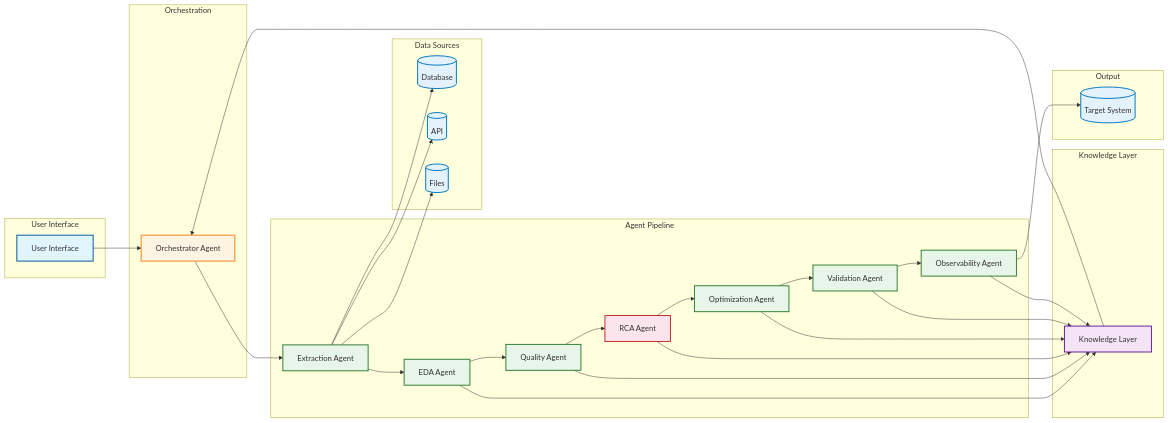
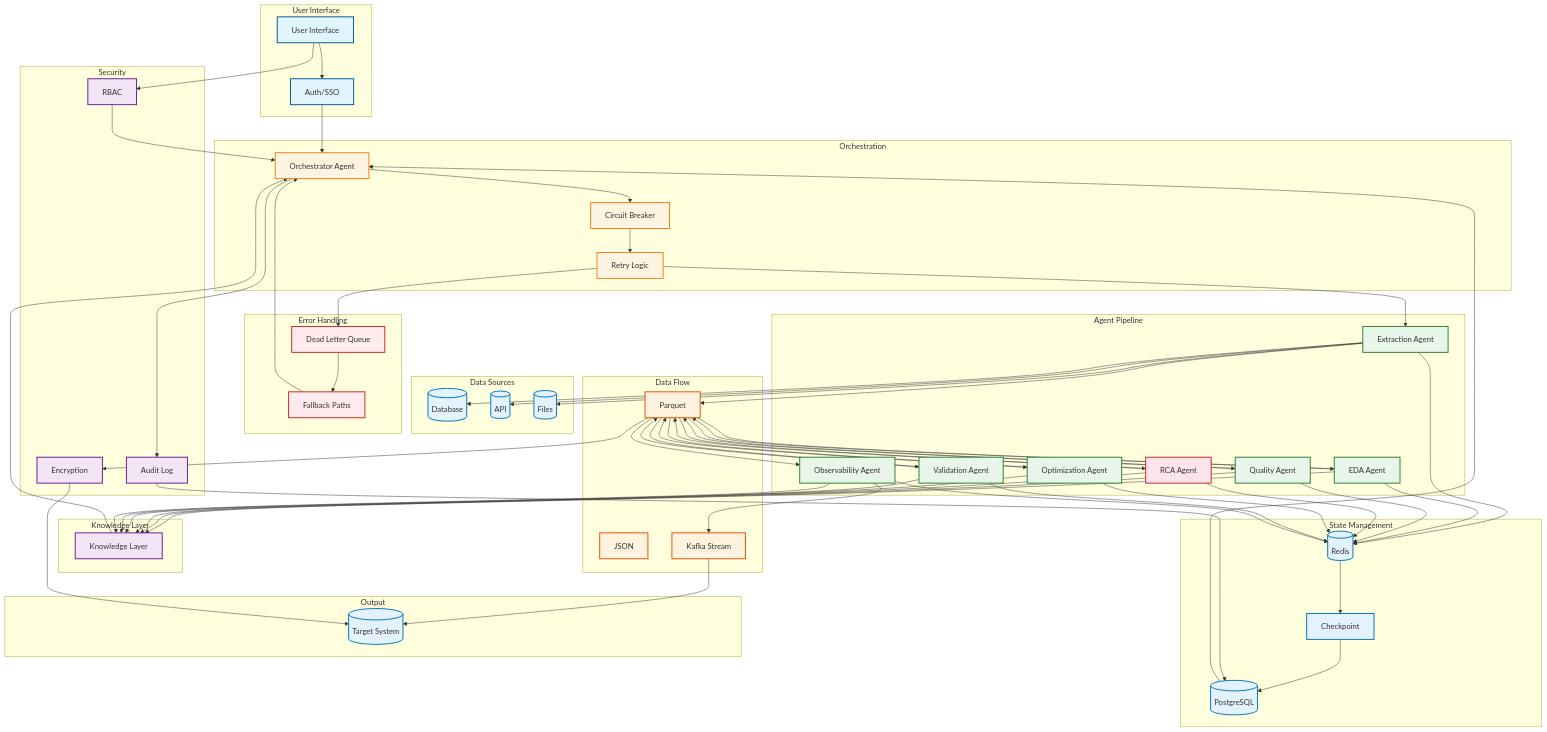
One commit to najiatasleem/agentic-de-lifecycle changed the diagram in architecture-diagram.md. Above: the diagram before and after it, drawn with Mermaid.

Commit message:
Enhance architecture diagram with error handling, security, state management, and data flow visualization

````diff
--- a/architecture-diagram.md
+++ b/architecture-diagram.md
@@ -5,11 +5,14 @@
 ```mermaid
-graph LR
+graph TB
     subgraph "User Interface"
         UI[User Interface]
+        AUTH[Auth/SSO]
     end
     
     subgraph "Orchestration"
         ORCH[Orchestrator Agent]
+        CB[Circuit Breaker]
+        RETRY[Retry Logic]
     end
     
     subgraph "Data Sources"
@@ -28,27 +31,78 @@
         OBS[Observability Agent]
     end
     
+    subgraph "Error Handling"
+        DLQ[Dead Letter Queue]
+        FALLBACK[Fallback Paths]
+    end
+    
+    subgraph "State Management"
+        REDIS[(Redis)]
+        PG[(PostgreSQL)]
+        CHECK[Checkpoint]
+    end
+    
     subgraph "Knowledge Layer"
         KNOW[Knowledge Layer]
+    end
+    
+    subgraph "Security"
+        ENC[Encryption]
+        RBAC[RBAC]
+        AUDIT[Audit Log]
+    end
+    
+    subgraph "Data Flow"
+        PARQUET[Parquet]
+        JSON[JSON]
+        KAFKA[Kafka Stream]
     end
     
     subgraph "Output"
         TARGET[(Target System)]
     end
     
-    UI --> ORCH
-    ORCH --> INGEST
+    UI --> AUTH
+    AUTH --> ORCH
+    ORCH --> CB
+    CB --> RETRY
+    RETRY --> INGEST
+    
     INGEST --> DB
     INGEST --> API
     INGEST --> FILES
     
-    INGEST --> EDA
-    EDA --> DQ
-    DQ --> RCA
-    RCA --> OPT
-    OPT --> VAL
-    VAL --> OBS
-    OBS --> TARGET
+    INGEST --> PARQUET
+    PARQUET --> EDA
+    EDA --> PARQUET
+    PARQUET --> DQ
+    DQ --> PARQUET
+    PARQUET --> RCA
+    RCA --> PARQUET
+    PARQUET --> OPT
+    OPT --> PARQUET
+    PARQUET --> VAL
+    VAL --> PARQUET
+    PARQUET --> OBS
+    OBS --> KAFKA
+    KAFKA --> TARGET
+    
+    RETRY --> DLQ
+    DLQ --> FALLBACK
+    FALLBACK --> ORCH
+    
+    INGEST --> REDIS
+    EDA --> REDIS
+    DQ --> REDIS
+    RCA --> REDIS
+    OPT --> REDIS
+    VAL --> REDIS
+    OBS --> REDIS
+    
+    REDIS --> CHECK
+    CHECK --> PG
+    
+    PG --> ORCH
     
     EDA --> KNOW
     DQ --> KNOW
@@ -59,8 +113,18 @@
     
     KNOW --> ORCH
     
+    UI --> RBAC
+    RBAC --> ORCH
+    PARQUET --> ENC
+    ENC --> TARGET
+    ORCH --> AUDIT
+    AUDIT --> PG
+    
     style UI fill:#e1f5ff,stroke:#01579b,stroke-width:2px
+    style AUTH fill:#e1f5ff,stroke:#01579b,stroke-width:2px
     style ORCH fill:#fff4e1,stroke:#f57f17,stroke-width:2px
+    style CB fill:#fff4e1,stroke:#f57f17,stroke-width:2px
+    style RETRY fill:#fff4e1,stroke:#f57f17,stroke-width:2px
     style INGEST fill:#e8f5e9,stroke:#2e7d32,stroke-width:2px
     style EDA fill:#e8f5e9,stroke:#2e7d32,stroke-width:2px
     style DQ fill:#e8f5e9,stroke:#2e7d32,stroke-width:2px
@@ -68,7 +132,18 @@
     style OPT fill:#e8f5e9,stroke:#2e7d32,stroke-width:2px
     style VAL fill:#e8f5e9,stroke:#2e7d32,stroke-width:2px
     style OBS fill:#e8f5e9,stroke:#2e7d32,stroke-width:2px
+    style DLQ fill:#ffebee,stroke:#c62828,stroke-width:2px
+    style FALLBACK fill:#ffebee,stroke:#c62828,stroke-width:2px
+    style REDIS fill:#e3f2fd,stroke:#0277bd,stroke-width:2px
+    style PG fill:#e3f2fd,stroke:#0277bd,stroke-width:2px
+    style CHECK fill:#e3f2fd,stroke:#0277bd,stroke-width:2px
     style KNOW fill:#f3e5f5,stroke:#6a1b9a,stroke-width:2px
+    style ENC fill:#f3e5f5,stroke:#6a1b9a,stroke-width:2px
+    style RBAC fill:#f3e5f5,stroke:#6a1b9a,stroke-width:2px
+    style AUDIT fill:#f3e5f5,stroke:#6a1b9a,stroke-width:2px
+    style PARQUET fill:#fff3e0,stroke:#e65100,stroke-width:2px
+    style JSON fill:#fff3e0,stroke:#e65100,stroke-width:2px
+    style KAFKA fill:#fff3e0,stroke:#e65100,stroke-width:2px
     style DB fill:#e3f2fd,stroke:#0277bd,stroke-width:2px
     style API fill:#e3f2fd,stroke:#0277bd,stroke-width:2px
     style FILES fill:#e3f2fd,stroke:#0277bd,stroke-width:2px
````
